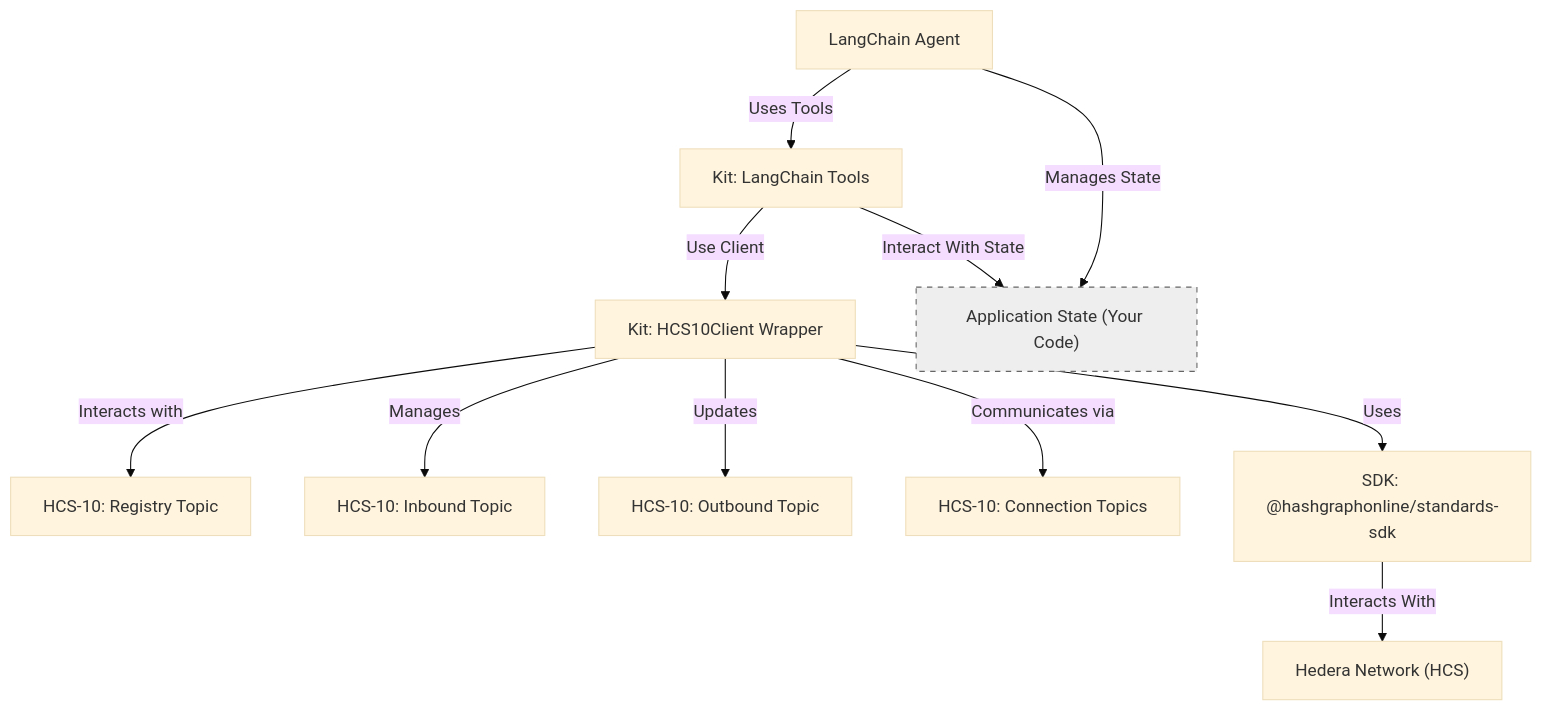
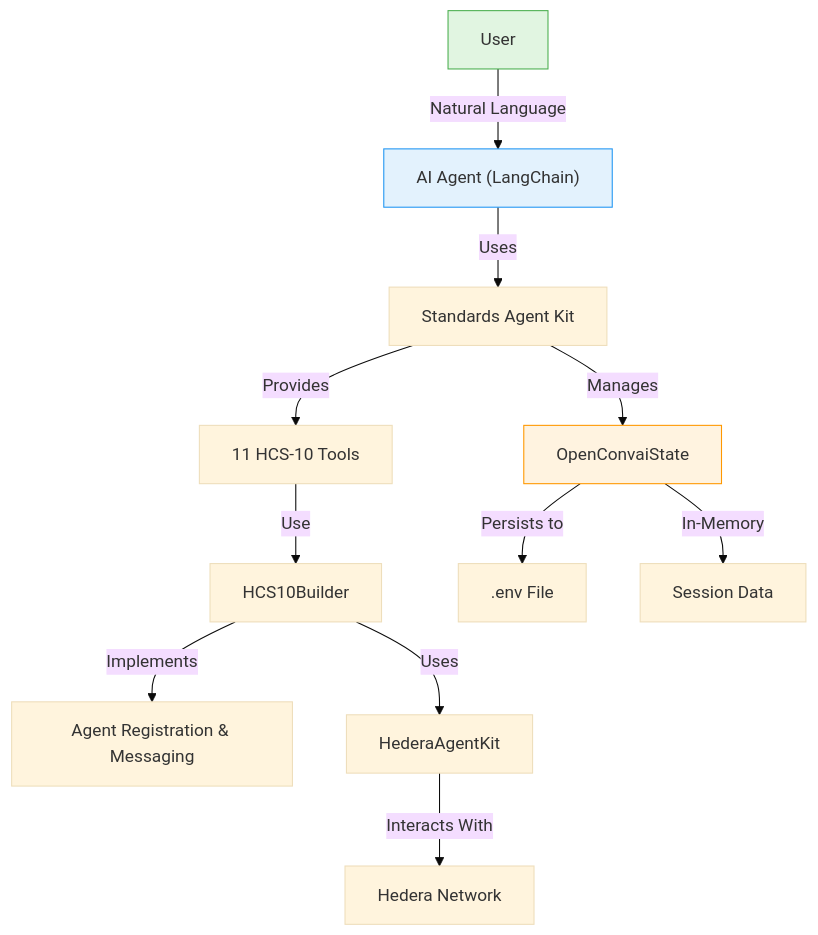
One commit to hashgraph-online/hcs-improvement-proposals changed the diagram in docs/libraries/standards-agent-kit/overview.md. Above: the diagram before and after it, drawn with Mermaid (base theme). The commit also changed other lines of this file and 10 other files, not shown here.

Commit message:
feat: add docs for standards-agent-plugin

````diff
--- a/docs/libraries/standards-agent-kit/overview.md
+++ b/docs/libraries/standards-agent-kit/overview.md
@@ -119,16 +99,19 @@
 ```mermaid
 graph TD;
-    Agent["LangChain Agent"] -->|Uses Tools| Tools["Kit: LangChain Tools"];
-    Tools -->|Use Client| Client["Kit: HCS10Client Wrapper"];
-    Client -->|Interacts with| Registry["HCS-10: Registry Topic"];
-    Client -->|Manages| InboundTopic["HCS-10: Inbound Topic"];
-    Client -->|Updates| OutboundTopic["HCS-10: Outbound Topic"];
-    Client -->|Communicates via| ConnectionTopic["HCS-10: Connection Topics"];
-    Client -->|Uses| SDK["SDK: @hashgraphonline/standards-sdk"];
-    SDK -->|Interacts With| Hedera["Hedera Network (HCS)"];
+    User["User"] -->|Natural Language| Agent["AI Agent (LangChain)"];
+    Agent -->|Uses| Kit["Standards Agent Kit"];
+    Kit -->|Provides| Tools["11 HCS-10 Tools"];
+    Tools -->|Use| Builder["HCS10Builder"];
+    Builder -->|Implements| HCS10["Agent Registration & Messaging"];
+    
+    Kit -->|Manages| State["OpenConvaiState"];
+    State -->|Persists to| ENV[".env File"];
+    State -->|In-Memory| Session["Session Data"];
+    
+    Builder -->|Uses| HederaKit["HederaAgentKit"];
+    HederaKit -->|Interacts With| Hedera["Hedera Network"];
 
-    Agent -->|Manages State| AppState["Application State (Your Code)"];
-    Tools -->|Interact With State| AppState;
-
-    style AppState fill:#eee,stroke:#666,stroke-dasharray: 5 5;
+    style User fill:#e1f5e1,stroke:#4caf50;
+    style Agent fill:#e3f2fd,stroke:#2196f3;
+    style State fill:#fff3e0,stroke:#ff9800;
 ```
````
